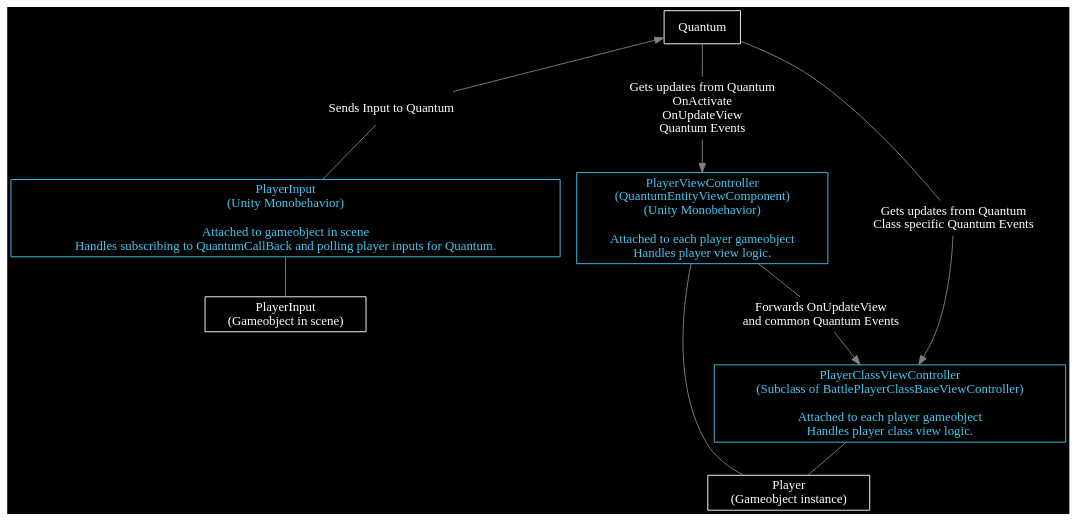
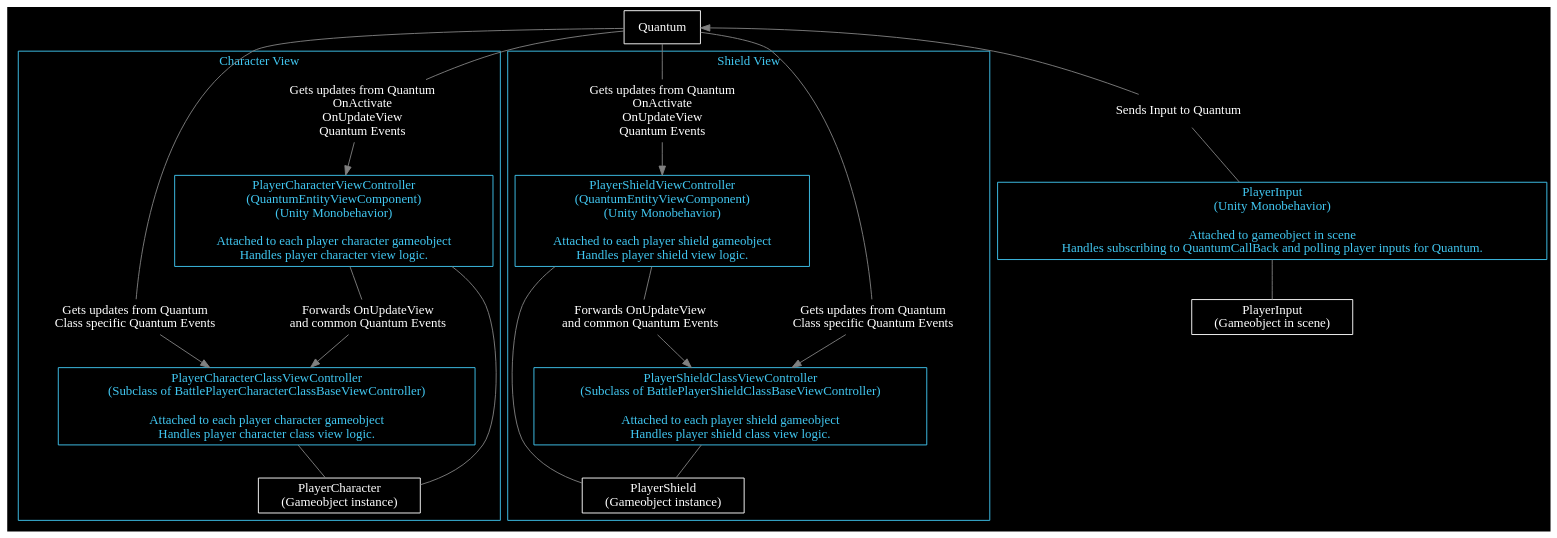
The eighth of 8 diagrams in Doc/Doxygen/Battle/additional-documentation/pages/1-concepts-player-.md (Alt-Org/Altzone), drawn with Graphviz before and after one commit. The commit also changed other lines of this file and 2 other files, not shown here.

Commit message:
BattleDoc: updated documentation to reflect the separation of character and shield view logic #1110

````diff
--- a/Doc/Doxygen/Battle/additional-documentation/pages/1-concepts-player-.md
+++ b/Doc/Doxygen/Battle/additional-documentation/pages/1-concepts-player-.md
@@ -541,40 +560,82 @@
 ```dot
 digraph PlayerView {
   color=white;
   fontcolor=white;
   bgcolor=black;
 
   node [shape=box, style=filled, color=white, fontcolor=white, fillcolor=black];
   edge [color=gray];
 
-  Quantum                   [label="Quantum"];
-  PlayerInputGameobject     [label="PlayerInput\n(Gameobject in scene)"];
-  PlayerGameobject          [label="Player\n(Gameobject instance)"];
+  Quantum                            [label="Quantum"];
+  PlayerInputGameobject              [label="PlayerInput\n(Gameobject in scene)"];
 
   node [color="#41C7F1", fontcolor="#41C7F1"];
 
-  PlayerViewController      [label="PlayerViewController\n(QuantumEntityViewComponent)\n(Unity Monobehavior)\n\nAttached to each player gameobject\nHandles player view logic."];
-  PlayerClassViewController [label="PlayerClassViewController\n(Subclass of BattlePlayerClassBaseViewController)\n\nAttached to each player gameobject\nHandles player class view logic."];
-  PlayerInput               [label="PlayerInput\n\(Unity Monobehavior)\n\nAttached to gameobject in scene\nHandles subscribing to QuantumCallBack and polling player inputs for Quantum."];
+  PlayerInput     [label="PlayerInput\n\(Unity Monobehavior)\n\nAttached to gameobject in scene\nHandles subscribing to QuantumCallBack and polling player inputs for Quantum."];
 
   node [color=transparent, fontcolor=white];
 
-  InputLink                 [label="Sends Input to Quantum"];
-  UpdateLink                [label="Gets updates from Quantum\nOnActivate\nOnUpdateView\nQuantum Events"];
-  ClassPlayerLink           [label="Forwards OnUpdateView\nand common Quantum Events"];
-  ClassQuantumLink          [label="Gets updates from Quantum\nClass specific Quantum Events"];
+  InputLink       [label="Sends Input to Quantum"];
+
+  subgraph cluster_character {
+    color="#41C7F1";
+    fontcolor="#41C7F1";
+    label = "Character View";
+
+    node [shape=box, style=filled, color=white, fontcolor=white, fillcolor=black];
+
+    PlayerCharacterGameobject          [label="PlayerCharacter\n(Gameobject instance)"];
+
+    node [color=transparent, fontcolor=white];
+
+    UpdateCharacterLink                [label="Gets updates from Quantum\nOnActivate\nOnUpdateView\nQuantum Events"];
+    ClassPlayerCharacterLink           [label="Forwards OnUpdateView\nand common Quantum Events"];
+    ClassCharacterQuantumLink          [label="Gets updates from Quantum\nClass specific Quantum Events"];
+
+    node [color="#41C7F1", fontcolor="#41C7F1"];
+
+    PlayerCharacterViewController               [label="PlayerCharacterViewController\n(QuantumEntityViewComponent)\n(Unity Monobehavior)\n\nAttached to each player character gameobject\nHandles player character view logic."];
+    PlayerCharacterClassViewController          [label="PlayerCharacterClassViewController\n(Subclass of BattlePlayerCharacterClassBaseViewController)\n\nAttached to each player character gameobject\nHandles player character class view logic."];
+
+    UpdateCharacterLink -> PlayerCharacterViewController [dir=forward];
+    PlayerCharacterViewController -> ClassPlayerCharacterLink [dir=none];
+    ClassPlayerCharacterLink, ClassCharacterQuantumLink -> PlayerCharacterClassViewController [dir=forward];
+    PlayerCharacterViewController, PlayerCharacterClassViewController -> PlayerCharacterGameobject [dir=none];
+  }
+
+  subgraph cluster_shield {
+    color="#41C7F1";
+    fontcolor="#41C7F1";
+    label = "Shield View";
+
+    node [shape=box, style=filled, color=white, fontcolor=white, fillcolor=black];
+
+    PlayerShieldGameobject             [label="PlayerShield\n(Gameobject instance)"];
+
+    node [color=transparent, fontcolor=white];
+
+    UpdateShieldLink                [label="Gets updates from Quantum\nOnActivate\nOnUpdateView\nQuantum Events"];
+    ClassPlayerShieldLink           [label="Forwards OnUpdateView\nand common Quantum Events"];
+    ClassShieldQuantumLink          [label="Gets updates from Quantum\nClass specific Quantum Events"];
+
+    node [color="#41C7F1", fontcolor="#41C7F1"];
+
+    PlayerShieldViewController                  [label="PlayerShieldViewController\n(QuantumEntityViewComponent)\n(Unity Monobehavior)\n\nAttached to each player shield gameobject\nHandles player shield view logic."];
+    PlayerShieldClassViewController             [label="PlayerShieldClassViewController\n(Subclass of BattlePlayerShieldClassBaseViewController)\n\nAttached to each player shield gameobject\nHandles player shield class view logic."];
+
+    UpdateShieldLink -> PlayerShieldViewController [dir=forward];
+    PlayerShieldViewController -> ClassPlayerShieldLink [dir=none];
+    ClassPlayerShieldLink, ClassShieldQuantumLink -> PlayerShieldClassViewController [dir=forward];
+    PlayerShieldViewController, PlayerShieldClassViewController -> PlayerShieldGameobject [dir=none];
+  }
 
   Quantum -> InputLink [dir=back];
-  InputLink -> PlayerInput [dir=none];
-  Quantum -> UpdateLink [dir=none];
-  UpdateLink -> PlayerViewController [dir=forwards];
-  PlayerViewController -> ClassPlayerLink [dir=none];
-  Quantum -> ClassQuantumLink [dir=none];
-  ClassPlayerLink, ClassQuantumLink -> PlayerClassViewController [dir=forwards];
 
   edge [dir=none];
 
+  InputLink -> PlayerInput;
   PlayerInput -> PlayerInputGameobject;
-  PlayerViewController, PlayerClassViewController -> PlayerGameobject;
+  Quantum -> UpdateCharacterLink, UpdateShieldLink;
+  Quantum -> ClassCharacterQuantumLink, ClassShieldQuantumLink;
 }
 ```
````
